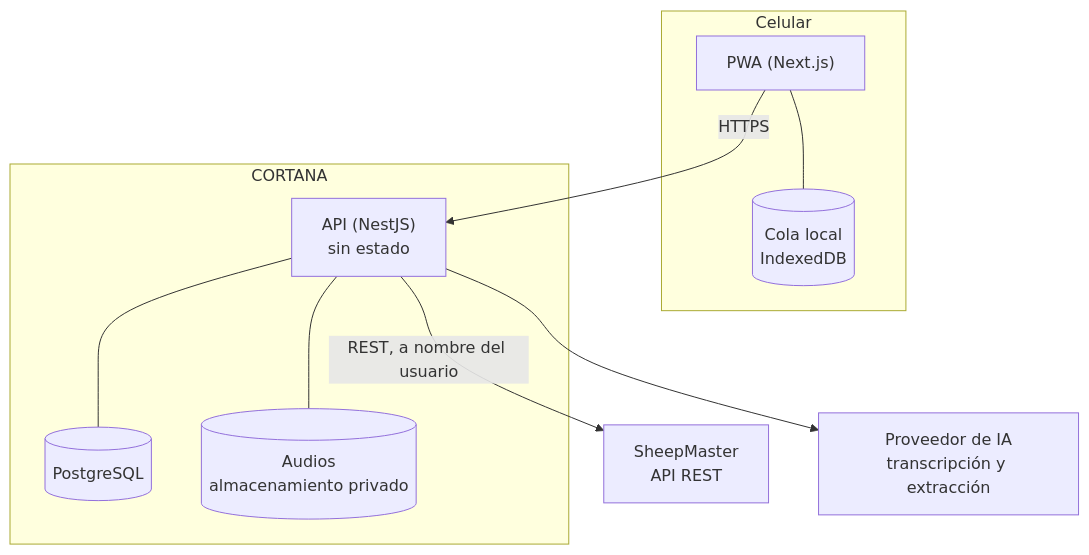
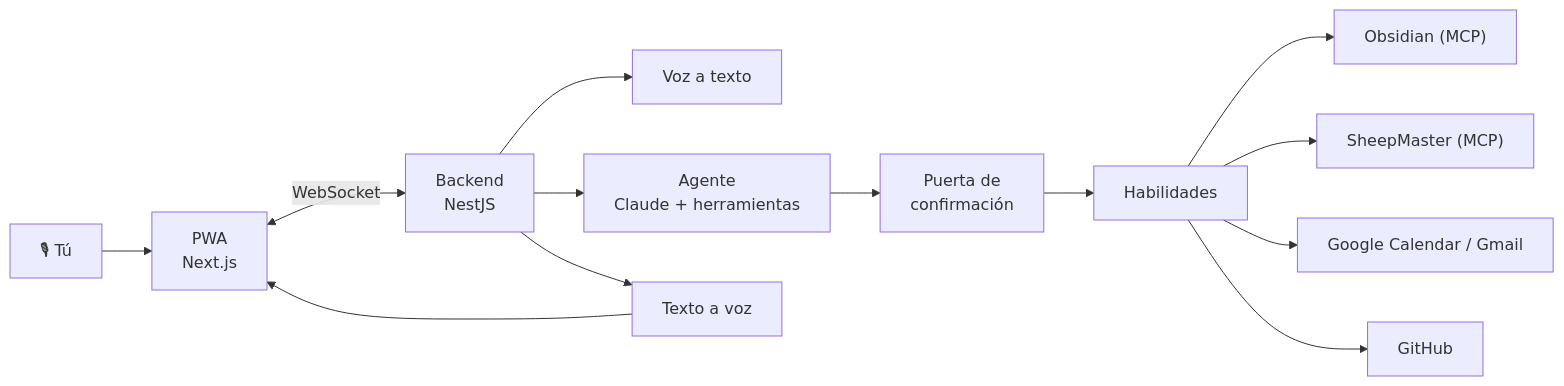
The diagram in README.md (DanielHR3/CORTANA), drawn with Mermaid before and after one commit. The commit also changed other lines of this file and 1 other file, not shown here.

First line of the commit message:
docs: realinea CORTANA a asistente personal de voz

````diff
--- a/README.md
+++ b/README.md
@@ -92,21 +74,15 @@
 ```mermaid
-flowchart TB
-    subgraph Celular
-        PWA["PWA (Next.js)"]
-        IDB[("Cola local<br/>IndexedDB")]
-        PWA --- IDB
-    end
-    subgraph CORTANA
-        API["API (NestJS)<br/>sin estado"]
-        DB[("PostgreSQL")]
-        OBJ[("Audios<br/>almacenamiento privado")]
-        API --- DB
-        API --- OBJ
-    end
-    SM["SheepMaster<br/>API REST"]
-    IA["Proveedor de IA<br/>transcripción y extracción"]
-
-    PWA -->|HTTPS| API
-    API -->|REST, a nombre del usuario| SM
-    API --> IA
+flowchart LR
+    U["🎙 Tú"] --> PWA["PWA<br/>Next.js"]
+    PWA <-->|WebSocket| B["Backend<br/>NestJS"]
+    B --> STT["Voz a texto"]
+    B --> AG["Agente<br/>Claude + herramientas"]
+    AG --> PC["Puerta de<br/>confirmación"]
+    PC --> H["Habilidades"]
+    H --> OB["Obsidian (MCP)"]
+    H --> SM["SheepMaster (MCP)"]
+    H --> GO["Google Calendar / Gmail"]
+    H --> GH["GitHub"]
+    B --> TTS["Texto a voz"]
+    TTS --> PWA
 ```
````
